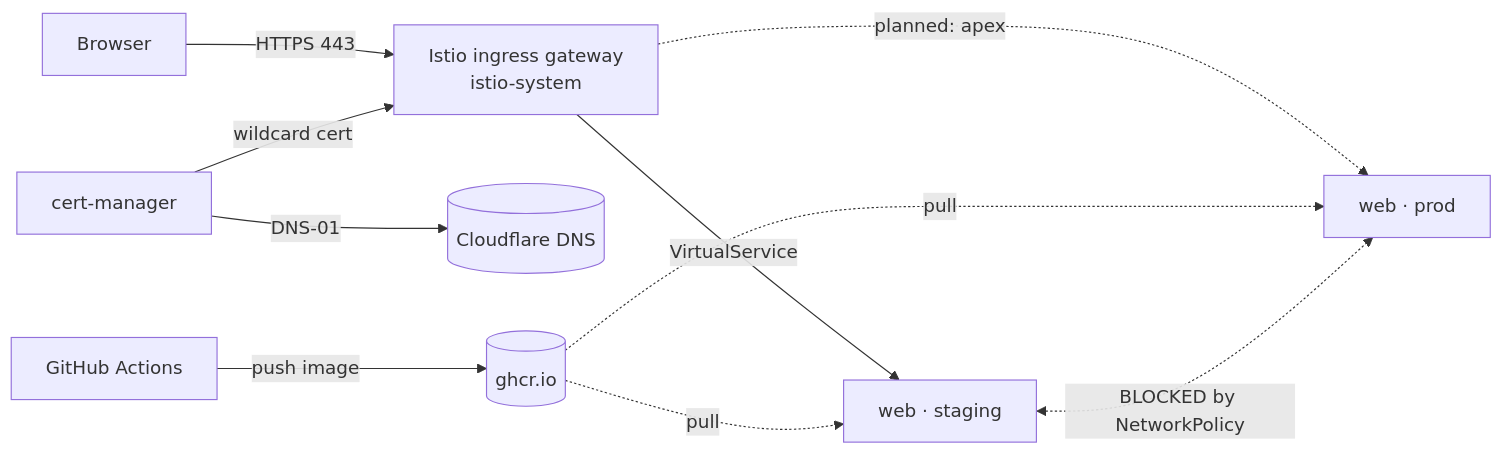
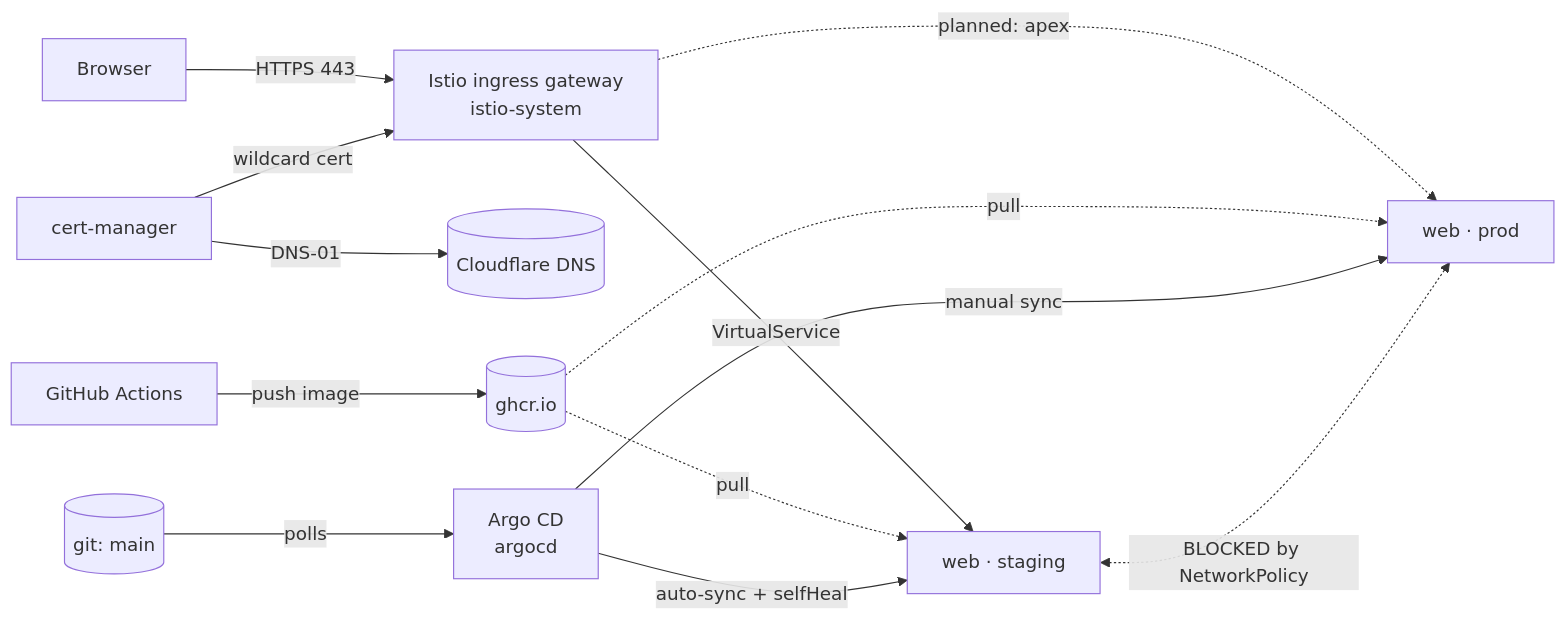
One commit to rcamine/k8s-studylab changed the diagram in README.md. Above: the diagram before and after it, drawn with Mermaid. The commit also changed other lines of this file and 1 other file, not shown here.

First line of the commit message:
docs: update README and BOOTSTRAP for Phase 4 (Argo CD)

````diff
--- a/README.md
+++ b/README.md
@@ -33,15 +33,19 @@
 ```mermaid
 flowchart LR
     U[Browser] -->|HTTPS 443| GW[Istio ingress gateway<br/>istio-system]
     GW -->|VirtualService| WS[web · staging]
     GW -.->|planned: apex| WP[web · prod]
 
     CM[cert-manager] -->|DNS-01| CF[(Cloudflare DNS)]
     CM -->|wildcard cert| GW
 
     GH[GitHub Actions] -->|push image| GHCR[(ghcr.io)]
     GHCR -.->|pull| WS
     GHCR -.->|pull| WP
 
+    GIT[(git: main)] -->|polls| ACD[Argo CD<br/>argocd]
+    ACD -->|auto-sync + selfHeal| WS
+    ACD -->|manual sync| WP
+
     WS <-.->|BLOCKED by NetworkPolicy| WP
 ```
````
